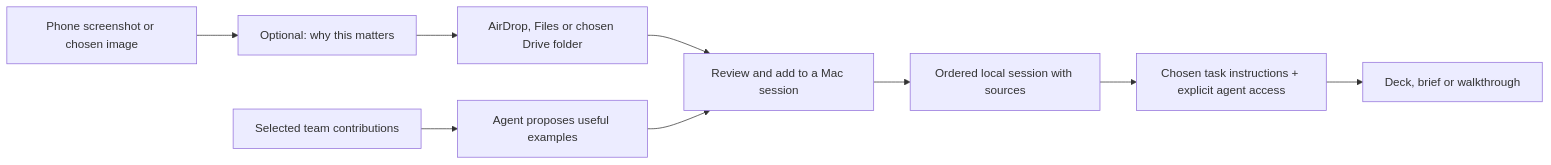
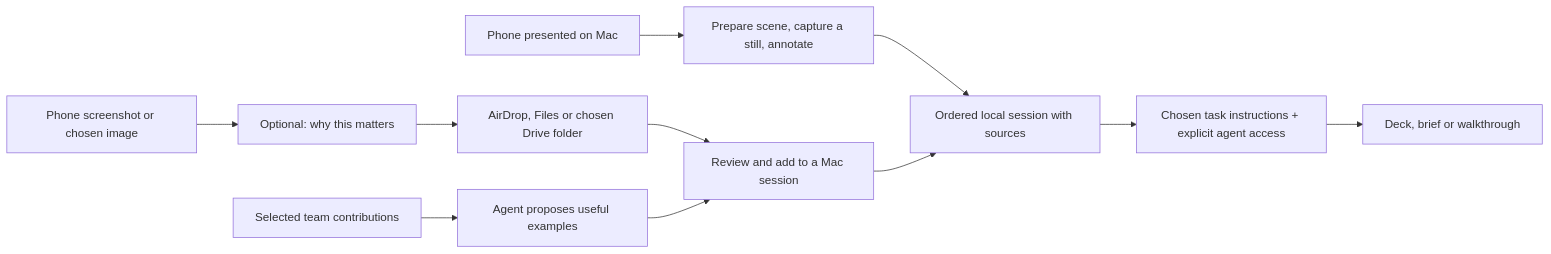
Before and after one commit to EthDawg/workbench: the diagram in docs/research/snap-and-talk-mobile.md, drawn with Mermaid. The commit also changed other lines of this file and 2 other files, not shown here.

Commit message:
Connect mobile capture research to existing Mac presentation tools

````diff
--- a/docs/research/snap-and-talk-mobile.md
+++ b/docs/research/snap-and-talk-mobile.md
@@ -66,11 +72,13 @@
 ```mermaid
 flowchart LR
     Phone["Phone screenshot or chosen image"] --> Meaning["Optional: why this matters"]
     Meaning --> Transfer["AirDrop, Files or chosen Drive folder"]
     Transfer --> Import["Review and add to a Mac session"]
+    Live["Phone presented on Mac"] --> Frame["Prepare scene, capture a still, annotate"]
+    Frame --> Session
     Team["Selected team contributions"] --> Curate["Agent proposes useful examples"]
     Curate --> Import
     Import --> Session["Ordered local session with sources"]
     Session --> Handoff["Chosen task instructions + explicit agent access"]
     Handoff --> Output["Deck, brief or walkthrough"]
 ```
````
